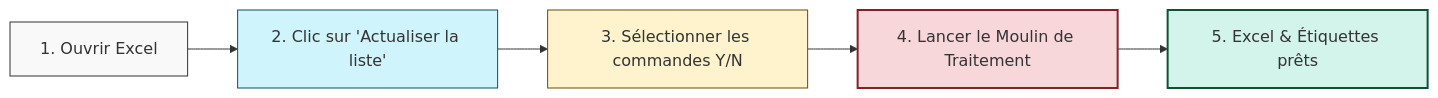
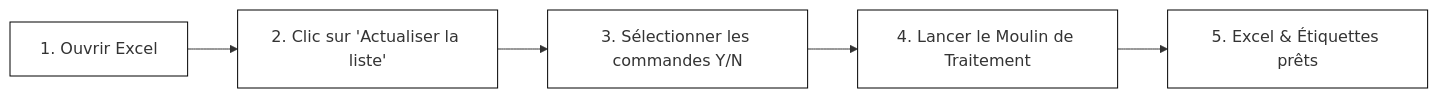
The second of 2 diagrams in PDFXport_Overview_FR.md (maatallah/pdfxport), drawn with Mermaid before and after one commit. The commit also changed other lines of this file, not shown here.

Commit message:
docs: rephrase French overview to use collective first person and minimalist black & white charts

````diff
--- a/PDFXport_Overview_FR.md
+++ b/PDFXport_Overview_FR.md
@@ -61,13 +61,13 @@
 ```mermaid
 graph LR
     A[1. Ouvrir Excel] --> B[2. Clic sur 'Actualiser la liste']
     B --> C[3. Sélectionner les commandes Y/N]
     C --> D[4. Lancer le Moulin de Traitement]
     D --> E[5. Excel & Étiquettes prêts]
     
-    style A fill:#f9f9f9,stroke:#333,stroke-width:1px
-    style B fill:#cff4fc,stroke:#055160,stroke-width:1px
-    style C fill:#fff3cd,stroke:#664d03,stroke-width:1px
-    style D fill:#f8d7da,stroke:#842029,stroke-width:2px
-    style E fill:#d2f4ea,stroke:#0f5132,stroke-width:2px
+    style A fill:#ffffff,stroke:#000000,stroke-width:1px
+    style B fill:#ffffff,stroke:#000000,stroke-width:1px
+    style C fill:#ffffff,stroke:#000000,stroke-width:1px
+    style D fill:#ffffff,stroke:#000000,stroke-width:1px
+    style E fill:#ffffff,stroke:#000000,stroke-width:1px
 ```
````
